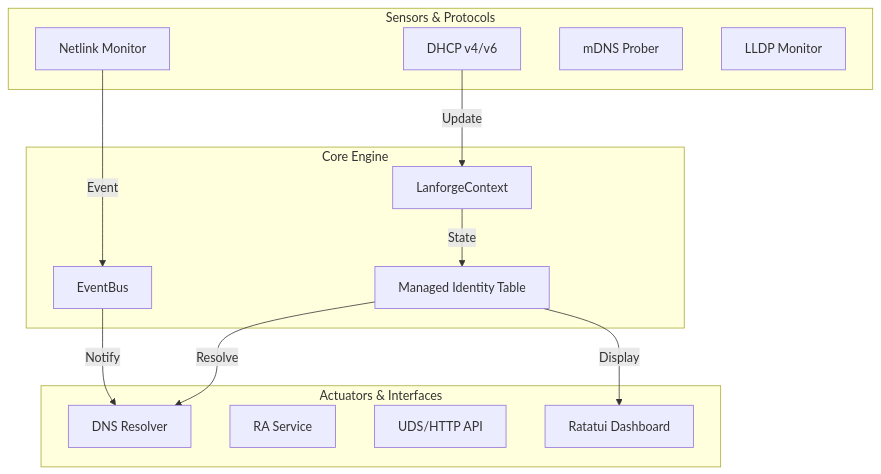
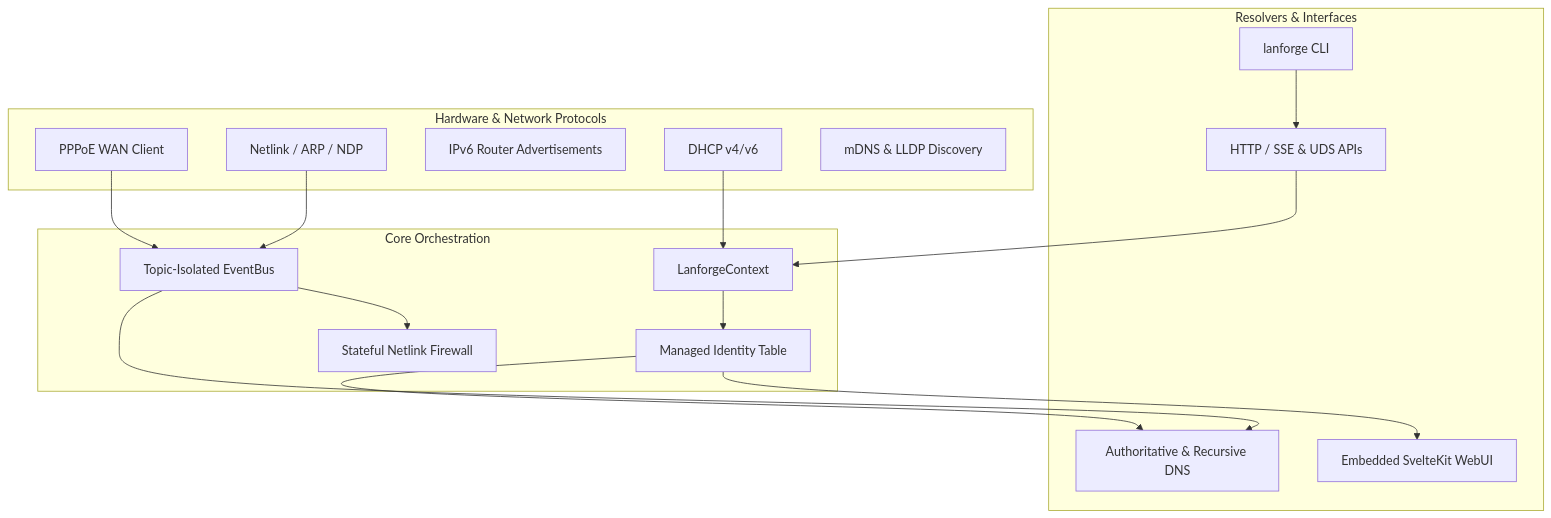
One commit to FerrahWolfeh/lanforge changed the diagram in README.md. Above: the diagram before and after it, drawn with Mermaid. The commit also changed other lines of this file and 15 other files, not shown here.

First line of the commit message:
docs: modernize architecture, overhaul README, and prepare repo for GitHub

````diff
--- a/README.md
+++ b/README.md
@@ -44,29 +51,35 @@
 ```mermaid
 graph TD
-    subgraph "Sensors & Protocols"
-        Netlink[Netlink Monitor]
+    subgraph "Hardware & Network Protocols"
+        Netlink[Netlink / ARP / NDP]
         DHCP[DHCP v4/v6]
-        mDNS[mDNS Prober]
-        LLDP[LLDP Monitor]
+        RA[IPv6 Router Advertisements]
+        PPPoE[PPPoE WAN Client]
+        mDNS[mDNS & LLDP Discovery]
     end
 
-    subgraph "Core Engine"
+    subgraph "Core Orchestration"
         Ctx[LanforgeContext]
-        Bus[EventBus]
+        Bus[Topic-Isolated EventBus]
         Table[Managed Identity Table]
+        NFT[Stateful Netlink Firewall]
     end
 
-    subgraph "Actuators & Interfaces"
-        DNS[DNS Resolver]
-        RA[RA Service]
-        API[UDS/HTTP API]
-        TUI[Ratatui Dashboard]
+    subgraph "Resolvers & Interfaces"
+        DNS[Authoritative & Recursive DNS]
+        WebUI[Embedded SvelteKit WebUI]
+        API[HTTP / SSE & UDS APIs]
+        CLI[lanforge CLI]
     end
 
-    Netlink -- Event --> Bus
-    DHCP -- Update --> Ctx
-    Bus -- Notify --> DNS
-    Ctx -- State --> Table
-    Table -- Resolve --> DNS
-    Table -- Display --> TUI
+    Netlink --> Bus
+    PPPoE --> Bus
+    DHCP --> Ctx
+    Bus --> DNS
+    Bus --> NFT
+    Ctx --> Table
+    Table --> DNS
+    Table --> WebUI
+    API --> Ctx
+    CLI --> API
 ```
````
